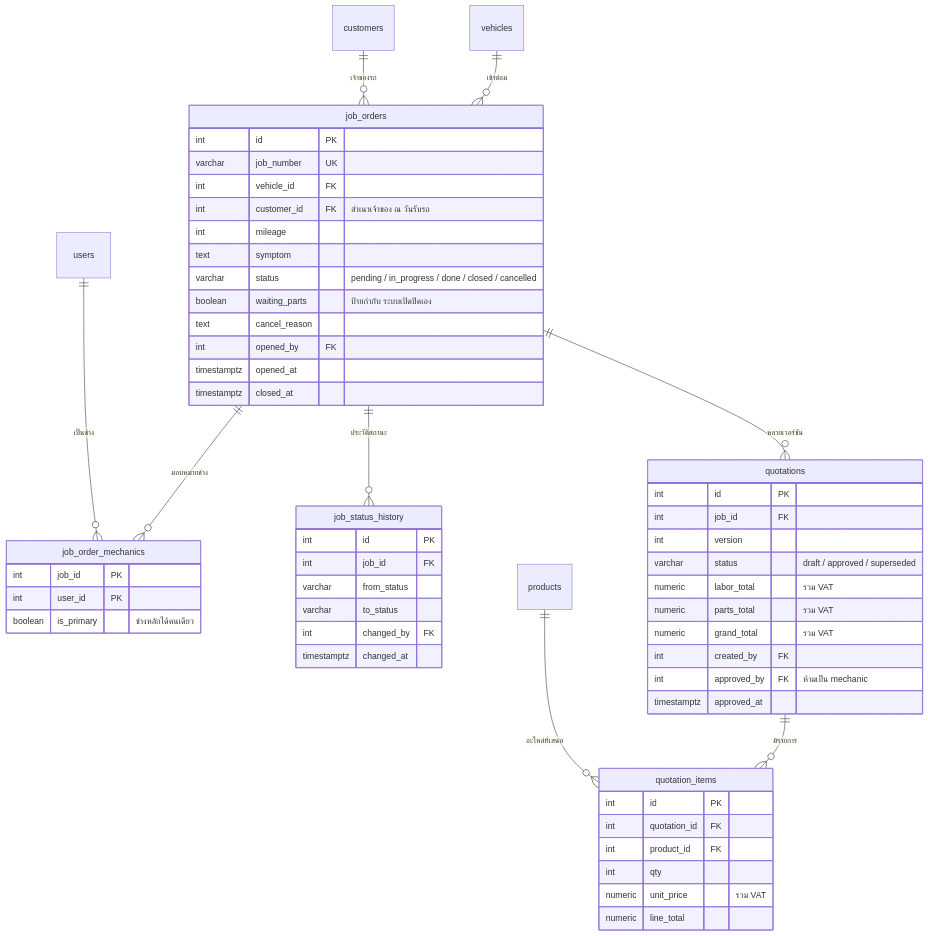
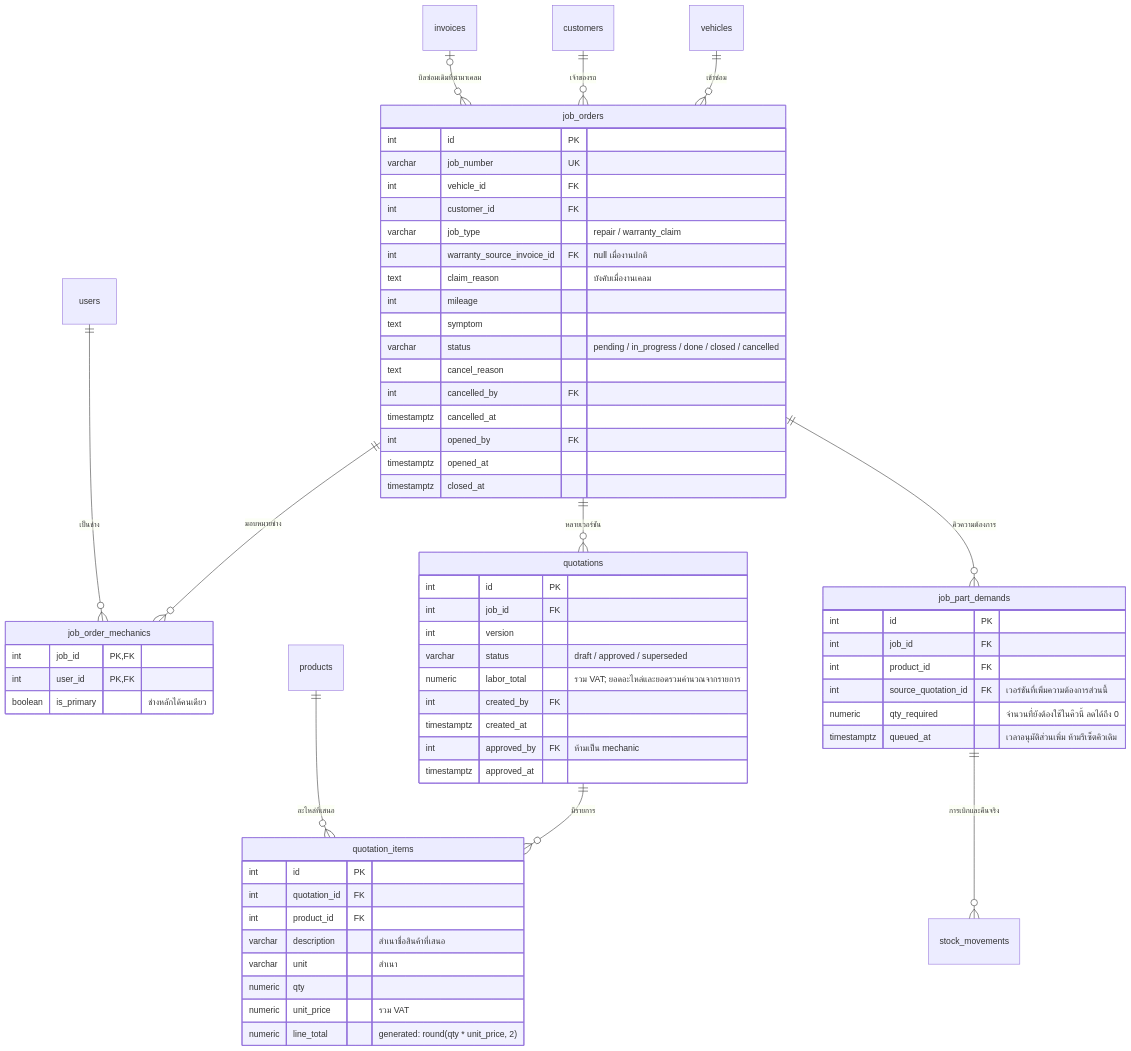
The sixth of 9 diagrams in data_model.md (kaewjamsai0193/Garage_Final_Project), drawn with Mermaid before and after one commit. The commit also changed other lines of this file and 3 other files, not shown here.

````diff
--- a/data_model.md
+++ b/data_model.md
@@ -204,63 +237,70 @@
 ```mermaid
 erDiagram
     vehicles ||--o{ job_orders : "เข้าซ่อม"
     customers ||--o{ job_orders : "เจ้าของรถ"
     job_orders ||--o{ job_order_mechanics : "มอบหมายช่าง"
-    job_orders ||--o{ job_status_history : "ประวัติสถานะ"
     job_orders ||--o{ quotations : "หลายเวอร์ชัน"
     quotations ||--o{ quotation_items : "มีรายการ"
+    job_orders ||--o{ job_part_demands : "คิวความต้องการ"
+    job_part_demands ||--o{ stock_movements : "การเบิกและคืนจริง"
+    invoices |o--o{ job_orders : "บิลซ่อมเดิมที่นำมาเคลม"
     users ||--o{ job_order_mechanics : "เป็นช่าง"
     products ||--o{ quotation_items : "อะไหล่ที่เสนอ"
 
     job_orders {
         int id PK
         varchar job_number UK
         int vehicle_id FK
-        int customer_id FK "สำเนาเจ้าของ ณ วันรับรถ"
+        int customer_id FK
+        varchar job_type "repair / warranty_claim"
+        int warranty_source_invoice_id FK "null เมื่องานปกติ"
+        text claim_reason "บังคับเมื่องานเคลม"
         int mileage
         text symptom
         varchar status "pending / in_progress / done / closed / cancelled"
-        boolean waiting_parts "ป้ายกำกับ ระบบเปิดปิดเอง"
         text cancel_reason
+        int cancelled_by FK
+        timestamptz cancelled_at
         int opened_by FK
         timestamptz opened_at
         timestamptz closed_at
     }
 
     job_order_mechanics {
-        int job_id PK
-        int user_id PK
+        int job_id PK,FK
+        int user_id PK,FK
         boolean is_primary "ช่างหลักได้คนเดียว"
-    }
-
-    job_status_history {
-        int id PK
-        int job_id FK
-        varchar from_status
-        varchar to_status
-        int changed_by FK
-        timestamptz changed_at
     }
 
     quotations {
         int id PK
         int job_id FK
         int version
         varchar status "draft / approved / superseded"
-        numeric labor_total "รวม VAT"
-        numeric parts_total "รวม VAT"
-        numeric grand_total "รวม VAT"
+        numeric labor_total "รวม VAT; ยอดอะไหล่และยอดรวมคำนวณจากรายการ"
         int created_by FK
+        timestamptz created_at
         int approved_by FK "ห้ามเป็น mechanic"
         timestamptz approved_at
     }
 
     quotation_items {
         int id PK
         int quotation_id FK
         int product_id FK
-        int qty
+        varchar description "สำเนาชื่อสินค้าที่เสนอ"
+        varchar unit "สำเนา"
+        numeric qty
         numeric unit_price "รวม VAT"
-        numeric line_total
+        numeric line_total "generated: round(qty * unit_price, 2)"
+    }
+
+    job_part_demands {
+        int id PK
+        int job_id FK
+        int product_id FK
+        int source_quotation_id FK "เวอร์ชันที่เพิ่มความต้องการส่วนนี้"
+        numeric qty_required "จำนวนที่ยังต้องใช้ในคิวนี้ ลดได้ถึง 0"
+        timestamptz queued_at "เวลาอนุมัติส่วนเพิ่ม ห้ามรีเซ็ตคิวเดิม"
     }
 ```
````
